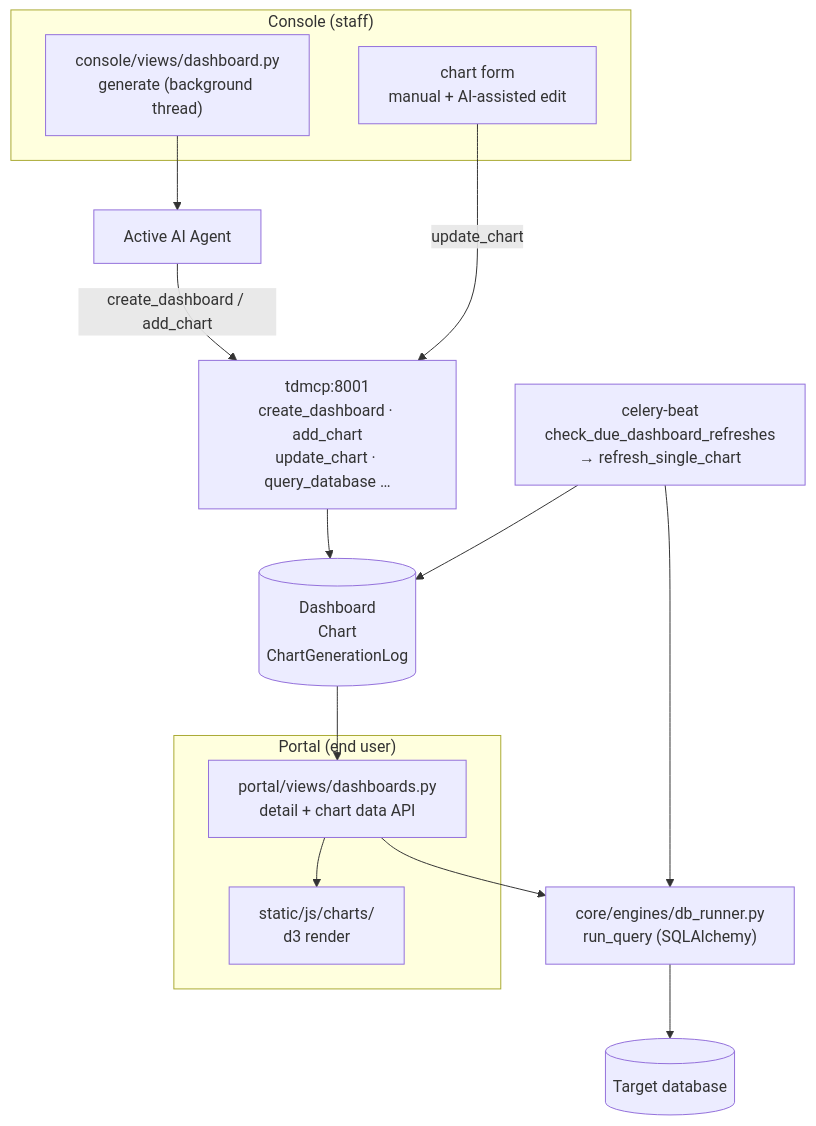
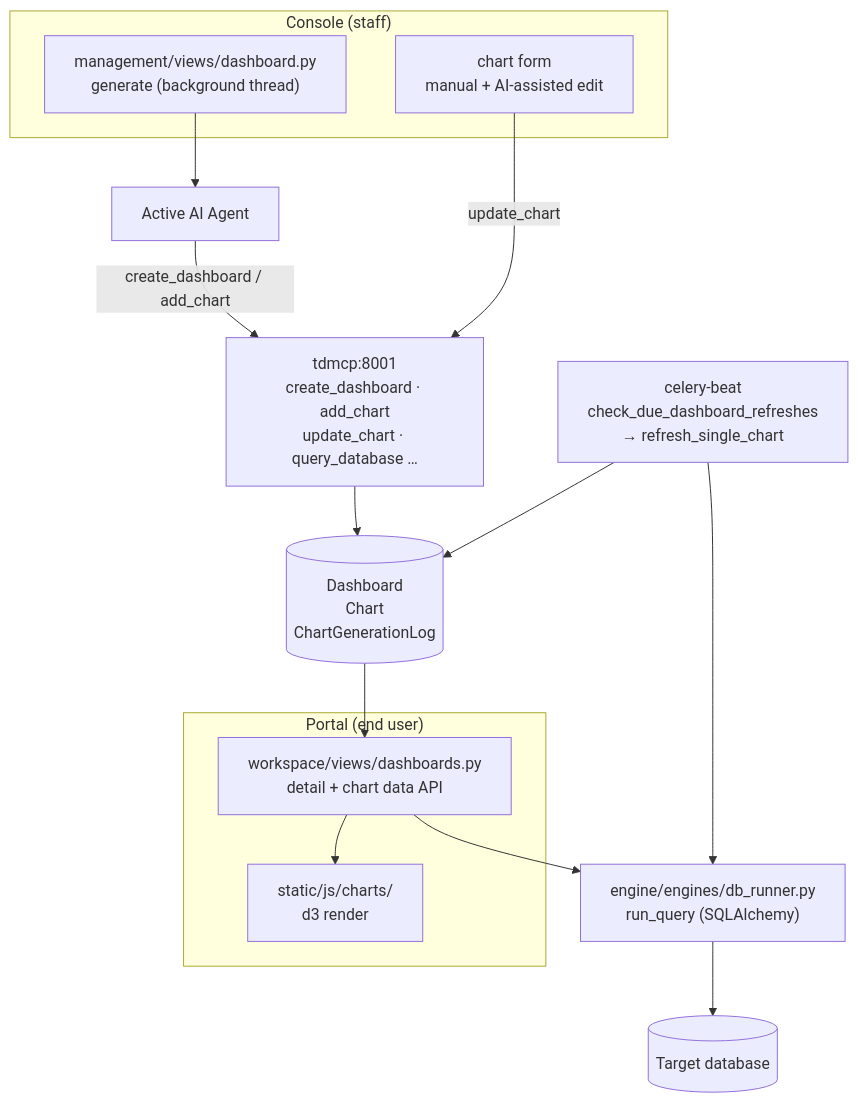
One commit to mpospirit-apps/TetherDust changed the first of 2 diagrams in documentations/TetherDust Documentation/2. Features/8. Dashboards.md. Above: the diagram before and after it, drawn with Mermaid. The commit also changed other lines of this file and 341 other files, not shown here.

Commit message:
chore: rename Django apps (core -> engine, portal -> workspace, console -> management)

````diff
--- a/documentations/TetherDust Documentation/2. Features/8. Dashboards.md
+++ b/documentations/TetherDust Documentation/2. Features/8. Dashboards.md
@@ -30,30 +30,30 @@
 ```mermaid
 flowchart TD
-    subgraph console["Console (staff)"]
-        Gen["console/views/dashboard.py\ngenerate (background thread)"]
+    subgraph management["Console (staff)"]
+        Gen["management/views/dashboard.py\ngenerate (background thread)"]
         Edit["chart form\nmanual + AI-assisted edit"]
     end
 
     Agent["Active AI Agent"]
     MCP["tdmcp:8001\ncreate_dashboard · add_chart\nupdate_chart · query_database …"]
     Models[("Dashboard\nChart\nChartGenerationLog")]
 
-    Runner["core/engines/db_runner.py\nrun_query (SQLAlchemy)"]
+    Runner["engine/engines/db_runner.py\nrun_query (SQLAlchemy)"]
     Targets[("Target database")]
     Celery["celery-beat\ncheck_due_dashboard_refreshes\n→ refresh_single_chart"]
 
-    subgraph portal["Portal (end user)"]
-        View["portal/views/dashboards.py\ndetail + chart data API"]
+    subgraph workspace["Portal (end user)"]
+        View["workspace/views/dashboards.py\ndetail + chart data API"]
         D3["static/js/charts/\nd3 render"]
     end
 
     Gen --> Agent
     Agent -->|create_dashboard / add_chart| MCP
     MCP --> Models
     Edit -->|update_chart| MCP
     Models --> View
     View --> Runner --> Targets
     View --> D3
     Celery --> Runner
     Celery --> Models
 ```
````
